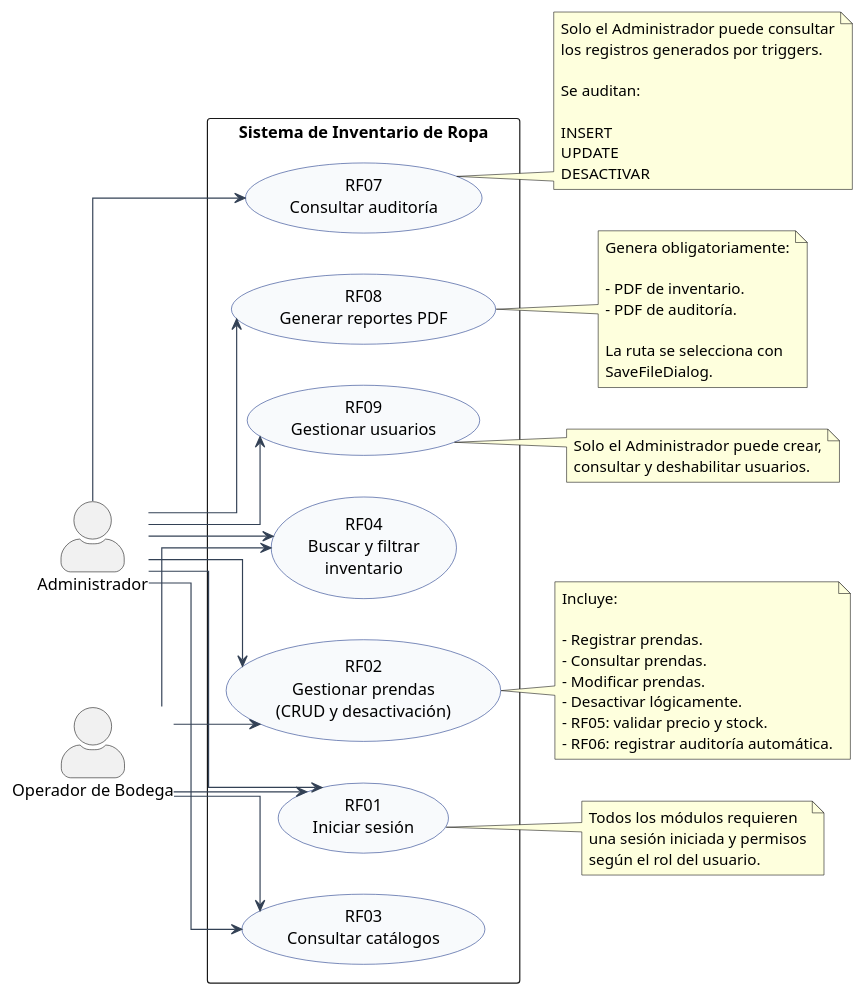
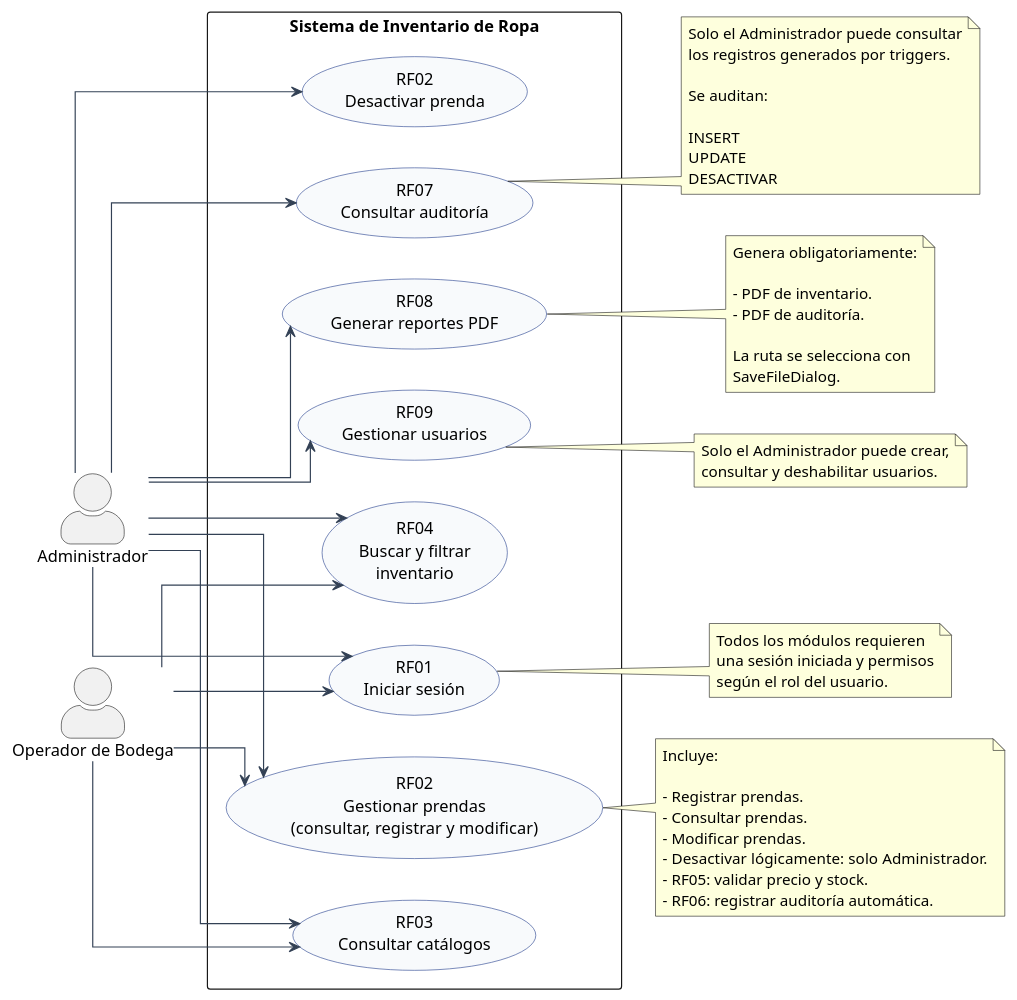
One commit to GUANSAMA/sistema-inventario-ropa changed the diagram in docs/2casos_usos.md. Above: the diagram before and after it, drawn with PlantUML. The commit also changed 40 other files, not shown here.

```diff
--- a/docs/2casos_usos.md
+++ b/docs/2casos_usos.md
@@ -22,7 +22,8 @@
 
   usecase "RF01\nIniciar sesión" as Login
 
-  usecase "RF02\nGestionar prendas\n(CRUD y desactivación)" as Prendas
+  usecase "RF02\nGestionar prendas\n(consultar, registrar y modificar)" as Prendas
+  usecase "RF02\nDesactivar prenda" as Desactivar
 
   usecase "RF03\nConsultar catálogos" as Catalogos
 
@@ -38,6 +39,7 @@
 ' Funciones del Administrador
 Admin --> Login
 Admin --> Prendas
+Admin --> Desactivar
 Admin --> Catalogos
 Admin --> Filtros
 Admin --> Auditoria
@@ -62,7 +64,7 @@
 - Registrar prendas.
 - Consultar prendas.
 - Modificar prendas.
-- Desactivar lógicamente.
+- Desactivar lógicamente: solo Administrador.
 - RF05: validar precio y stock.
 - RF06: registrar auditoría automática.
 end note
```
